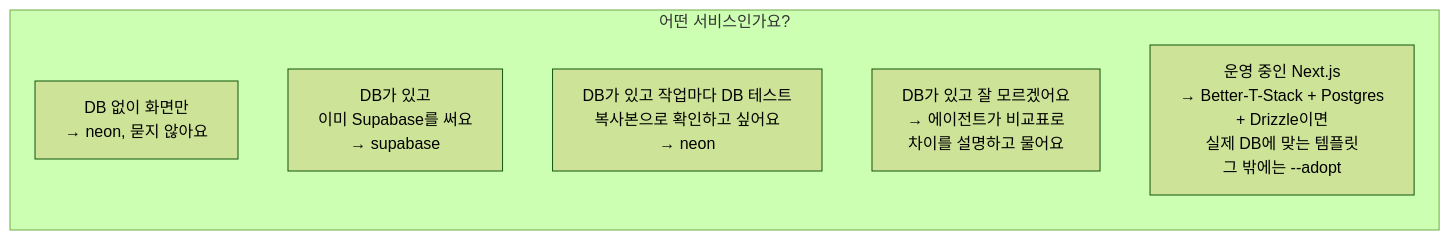
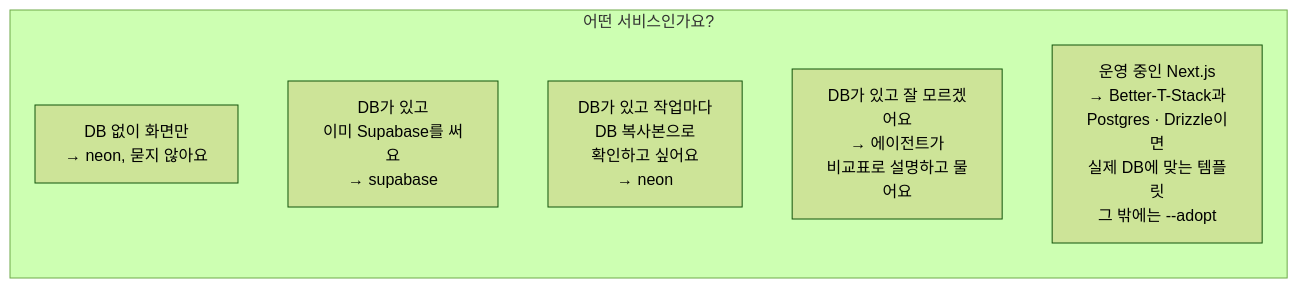
Before and after one commit to roadkwon-ai/pro-kit: the second of 2 diagrams in handbook/templates/choose.md, drawn with Mermaid (forest theme). The commit also changed other lines of this file and 50 other files, not shown here.

````diff
--- a/handbook/templates/choose.md
+++ b/handbook/templates/choose.md
@@ -44,17 +46,19 @@
 ```mermaid
 ---
 config:
   flowchart:
-    wrappingWidth: 240
+    wrappingWidth: 150
     rankSpacing: 25
 ---
 flowchart TB
+  accTitle: 템플릿 고르기
+  accDescr: 서비스 상황에 따라 템플릿이 정해져요. 화면만 만들면 neon, 이미 Supabase를 쓰면 supabase, 작업마다 DB 복사본이 필요하면 neon이에요. 잘 모르겠으면 에이전트가 비교표로 설명해요.
   subgraph Q["어떤 서비스인가요?"]
     N0["DB 없이 화면만<br/>→ neon, 묻지 않아요"]
     SU["DB가 있고<br/>이미 Supabase를 써요<br/>→ supabase"]
-    NE["DB가 있고 작업마다 DB 테스트<br/>복사본으로 확인하고 싶어요<br/>→ neon"]
-    ASK["DB가 있고 잘 모르겠어요<br/>→ 에이전트가 비교표로<br/>차이를 설명하고 물어요"]
-    OP["운영 중인 Next.js<br/>→ Better-T-Stack + Postgres<br/>+ Drizzle이면<br/>실제 DB에 맞는 템플릿<br/>그 밖에는 --adopt"]
+    NE["DB가 있고 작업마다<br/>DB 복사본으로<br/>확인하고 싶어요<br/>→ neon"]
+    ASK["DB가 있고 잘 모르겠어요<br/>→ 에이전트가<br/>비교표로 설명하고 물어요"]
+    OP["운영 중인 Next.js<br/>→ Better-T-Stack과<br/>Postgres · Drizzle이면<br/>실제 DB에 맞는 템플릿<br/>그 밖에는 --adopt"]
     N0 ~~~ SU ~~~ NE ~~~ ASK ~~~ OP
   end
 ```
````
